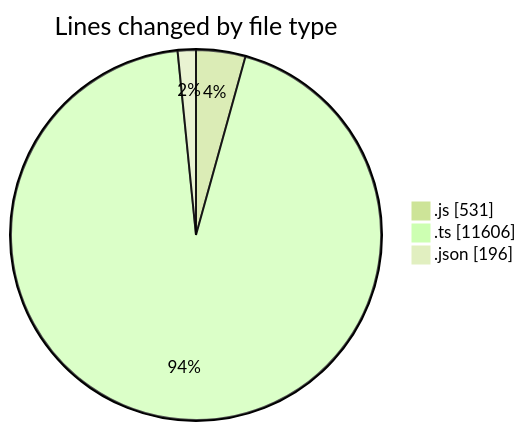
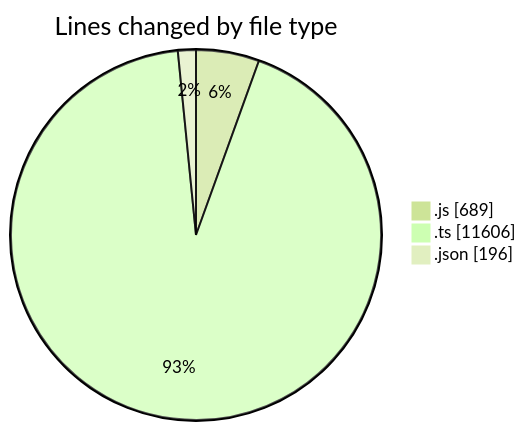
Before and after one commit to momahboobian/code-tracking: the first of 2 diagrams in 2025-05-29/cda/README.md, drawn with Mermaid (forest theme). The commit also changed other lines of this file and 1 other file, not shown here.

````diff
--- a/2025-05-29/cda/README.md
+++ b/2025-05-29/cda/README.md
@@ -30,7 +30,7 @@
 ```mermaid
 pie showData
 title Lines changed by file type
-".js" : 531
+".js" : 689
 ".ts" : 11606
 ".json" : 196
 ```
````
